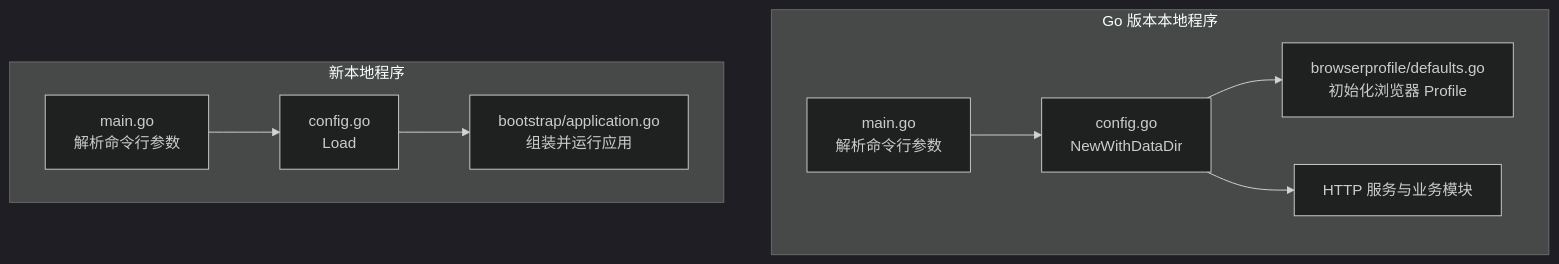
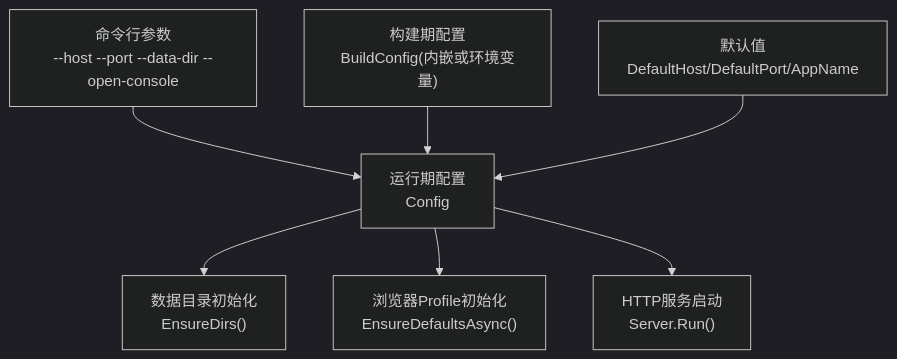
The first of 4 diagrams in .qoder/repowiki/zh/content/本地执行器/核心架构/配置管理.md (alvinwangzi/goodhr), drawn with Mermaid (dark theme) before and after one commit. The commit also changed other lines of this file and 149 other files, not shown here.

````diff
--- a/.qoder/repowiki/zh/content/本地执行器/核心架构/配置管理.md
+++ b/.qoder/repowiki/zh/content/本地执行器/核心架构/配置管理.md
@@ -45,12 +34,9 @@
 ```mermaid
 graph TB
-subgraph "Go 版本本地程序"
-M1["main.go<br/>解析命令行参数"] --> C1["config.go<br/>NewWithDataDir"]
-C1 --> B1["browserprofile/defaults.go<br/>初始化浏览器 Profile"]
-C1 --> S1["HTTP 服务与业务模块"]
-end
-subgraph "新本地程序"
-M2["main.go<br/>解析命令行参数"] --> C2["config.go<br/>Load"]
-C2 --> A2["bootstrap/application.go<br/>组装并运行应用"]
-end
+A["命令行参数<br/>--host --port --data-dir --open-console"] --> B["运行期配置<br/>Config"]
+C["构建期配置<br/>BuildConfig(内嵌或环境变量)"] --> B
+D["默认值<br/>DefaultHost/DefaultPort/AppName"] --> B
+B --> E["数据目录初始化<br/>EnsureDirs()"]
+B --> F["浏览器Profile初始化<br/>EnsureDefaultsAsync()"]
+B --> G["HTTP服务启动<br/>Server.Run()"]
 ```
````
